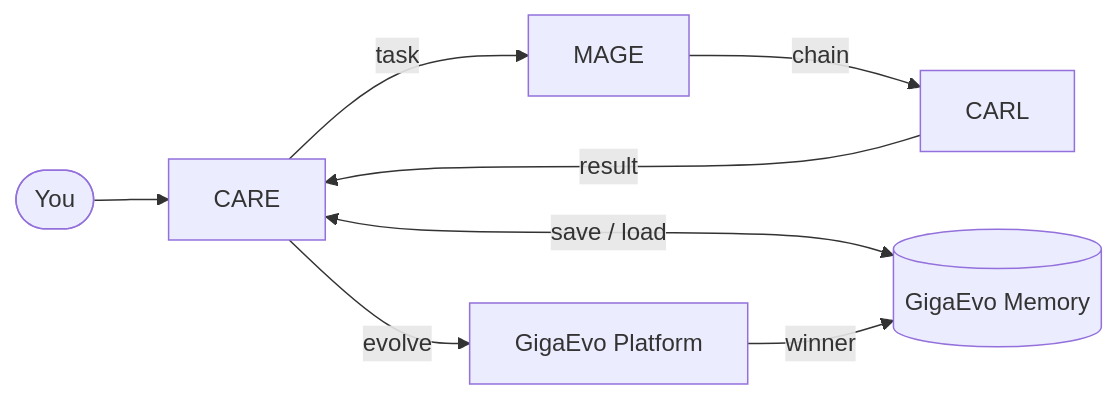
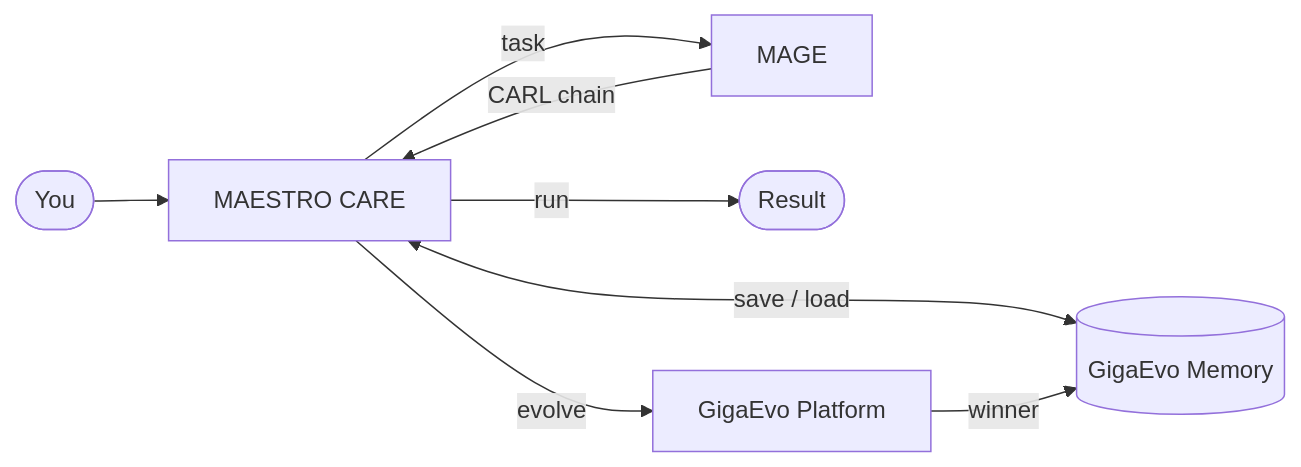
One commit to pyshka501/care-docs changed the diagram in src/content/docs/care/concepts/architecture.md. Above: the diagram before and after it, drawn with Mermaid. The commit also changed other lines of this file and 10 other files, not shown here.

````diff
--- a/src/content/docs/care/concepts/architecture.md
+++ b/src/content/docs/care/concepts/architecture.md
@@ -11,10 +11,10 @@
 ```mermaid
 flowchart LR
-    User([You]) --> CARE
-    CARE -->|task| MAGE
-    MAGE -->|chain| CARL
-    CARL -->|result| CARE
-    CARE <-->|save / load| Memory[(GigaEvo Memory)]
-    CARE -->|evolve| Platform[GigaEvo Platform]
+    User([You]) --> Care["MAESTRO CARE"]
+    Care -->|task| MAGE
+    MAGE -->|CARL chain| Care
+    Care -->|run| Result([Result])
+    Care <-->|save / load| Memory[(GigaEvo Memory)]
+    Care -->|evolve| Platform[GigaEvo Platform]
     Platform -->|winner| Memory
 ```
````
